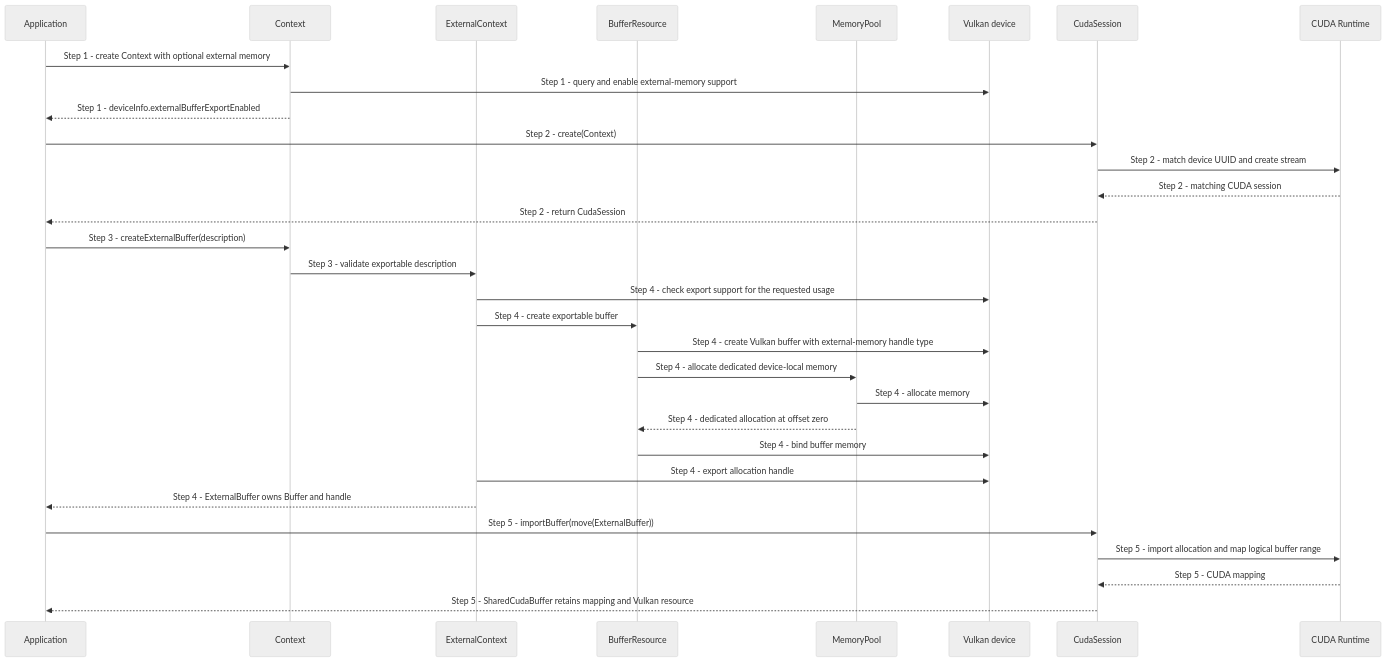
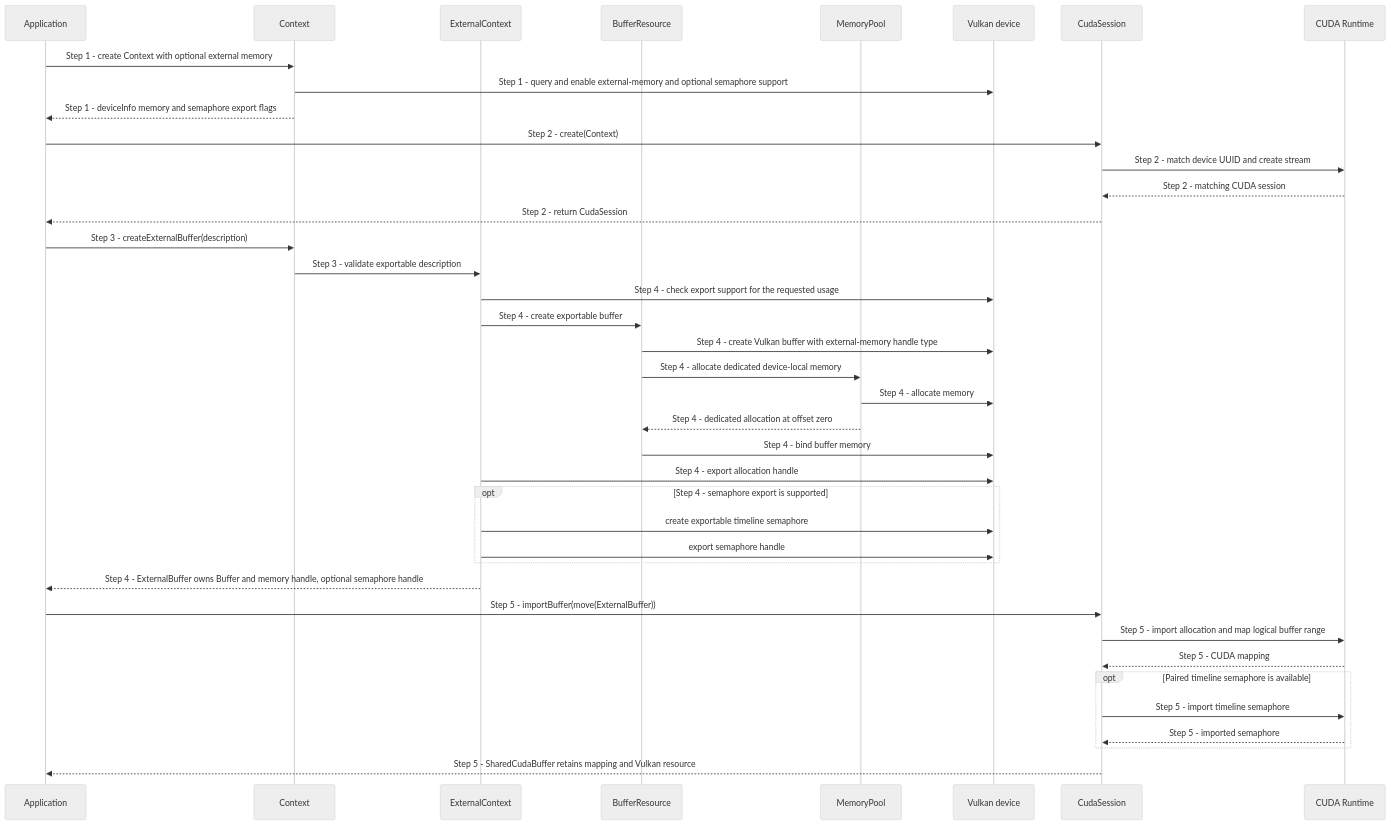
Before and after one commit to a-soltysik/Panda: the diagram in docs/use-cases/create-external-buffer.md, drawn with Mermaid (neutral theme). The commit also changed other lines of this file and 31 other files, not shown here.

Commit message:
Add optional timeline semaphore export and CUDA import (#86)

````diff
--- a/docs/use-cases/create-external-buffer.md
+++ b/docs/use-cases/create-external-buffer.md
@@ -49,33 +57,41 @@
 ```mermaid
 sequenceDiagram
     participant A as Application
     participant C as Context
     participant E as ExternalContext
     participant B as BufferResource
     participant M as MemoryPool
     participant V as Vulkan device
     participant S as CudaSession
     participant R as CUDA Runtime
     A->>C: Step 1 - create Context with optional external memory
-    C->>V: Step 1 - query and enable external-memory support
-    C-->>A: Step 1 - deviceInfo.externalBufferExportEnabled
+    C->>V: Step 1 - query and enable external-memory and optional semaphore support
+    C-->>A: Step 1 - deviceInfo memory and semaphore export flags
     A->>S: Step 2 - create(Context)
     S->>R: Step 2 - match device UUID and create stream
     R-->>S: Step 2 - matching CUDA session
     S-->>A: Step 2 - return CudaSession
     A->>C: Step 3 - createExternalBuffer(description)
     C->>E: Step 3 - validate exportable description
     E->>V: Step 4 - check export support for the requested usage
     E->>B: Step 4 - create exportable buffer
     B->>V: Step 4 - create Vulkan buffer with external-memory handle type
     B->>M: Step 4 - allocate dedicated device-local memory
     M->>V: Step 4 - allocate memory
     M-->>B: Step 4 - dedicated allocation at offset zero
     B->>V: Step 4 - bind buffer memory
     E->>V: Step 4 - export allocation handle
-    E-->>A: Step 4 - ExternalBuffer owns Buffer and handle
+    opt Step 4 - semaphore export is supported
+        E->>V: create exportable timeline semaphore
+        E->>V: export semaphore handle
+    end
+    E-->>A: Step 4 - ExternalBuffer owns Buffer and memory handle, optional semaphore handle
     A->>S: Step 5 - importBuffer(move(ExternalBuffer))
     S->>R: Step 5 - import allocation and map logical buffer range
     R-->>S: Step 5 - CUDA mapping
+    opt Paired timeline semaphore is available
+        S->>R: Step 5 - import timeline semaphore
+        R-->>S: Step 5 - imported semaphore
+    end
     S-->>A: Step 5 - SharedCudaBuffer retains mapping and Vulkan resource
 ```
````
